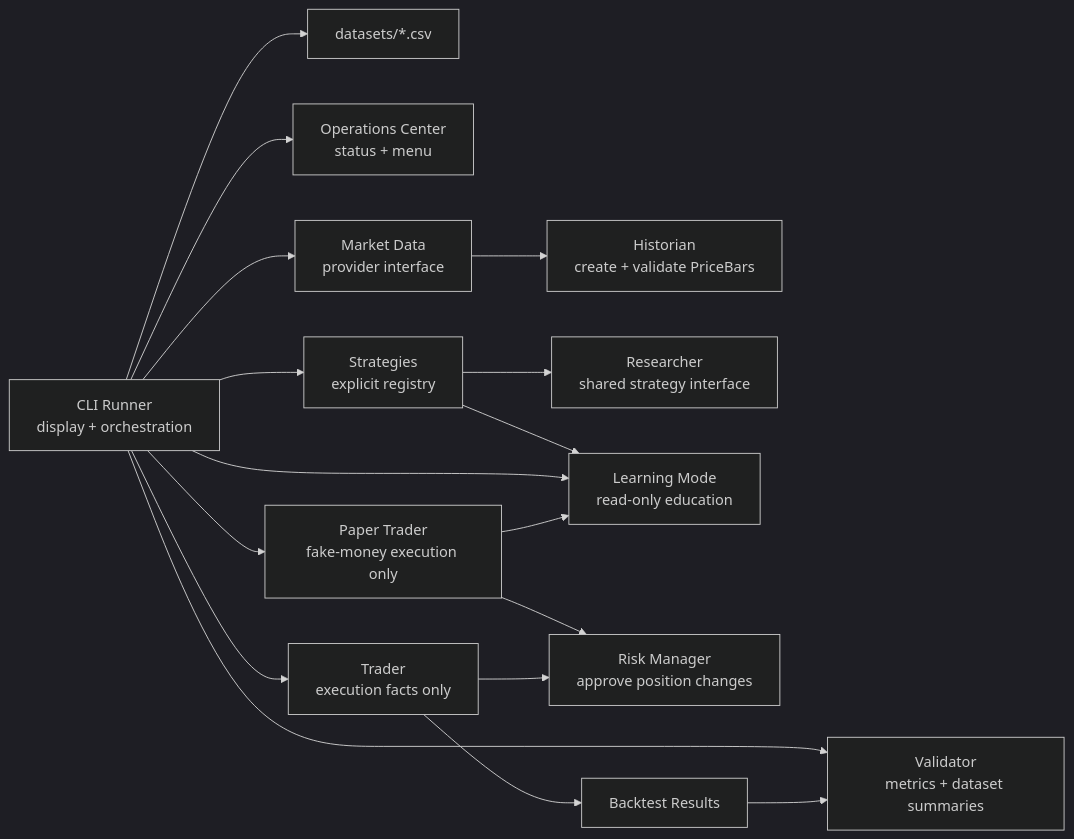
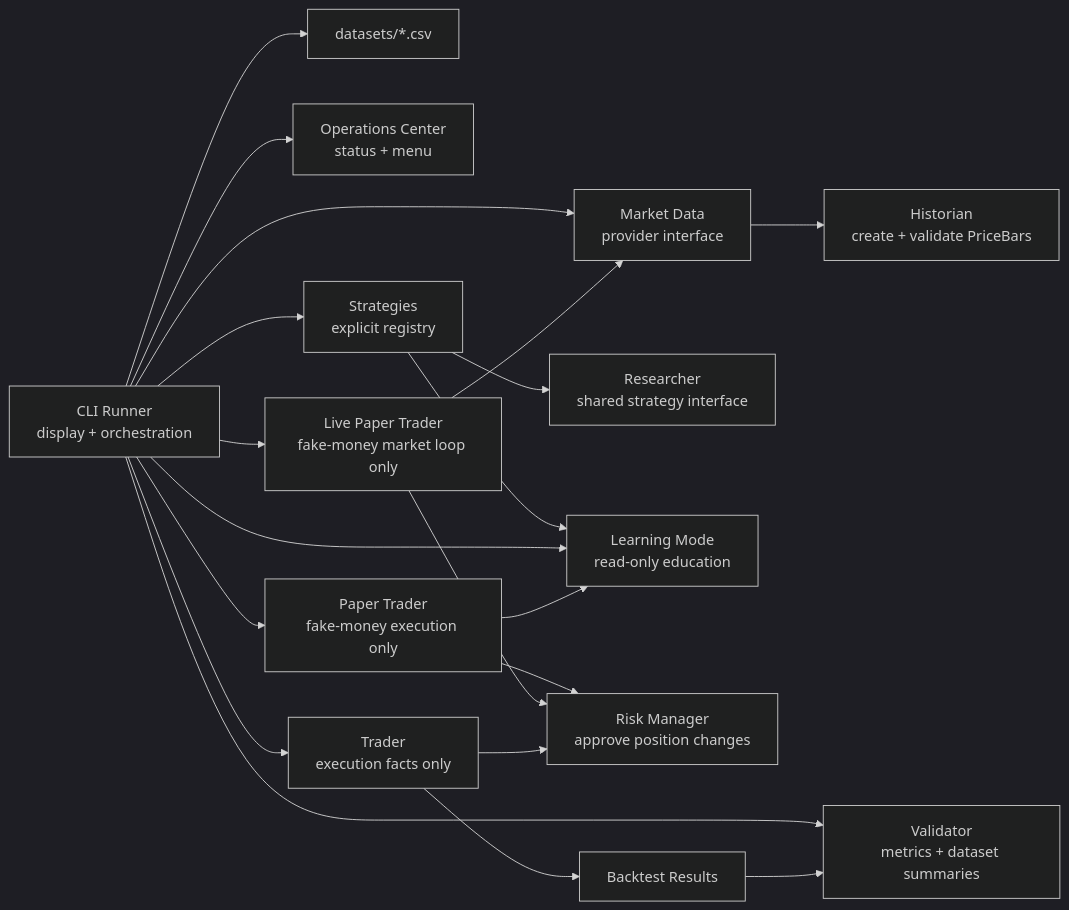
One commit to lumenXV/PTB-1 changed the diagram in README.md. Above: the diagram before and after it, drawn with Mermaid (dark theme). The commit also changed other lines of this file and 7 other files, not shown here.

Commit message:
Add fake-money live paper mode

````diff
--- a/README.md
+++ b/README.md
@@ -79,19 +92,22 @@
 ```mermaid
 flowchart LR
     CLI --> DatasetFiles["datasets/*.csv"]
     CLI["CLI Runner\ndisplay + orchestration"] --> Operations["Operations Center\nstatus + menu"]
     CLI["CLI Runner\ndisplay + orchestration"] --> MarketData["Market Data\nprovider interface"]
     MarketData --> Historian["Historian\ncreate + validate PriceBars"]
     CLI --> Strategies["Strategies\nexplicit registry"]
     Strategies --> Researcher["Researcher\nshared strategy interface"]
     Strategies --> Learning["Learning Mode\nread-only education"]
     CLI --> Learning
     CLI --> Trader["Trader\nexecution facts only"]
     CLI --> Paper["Paper Trader\nfake-money execution only"]
+    CLI --> LivePaper["Live Paper Trader\nfake-money market loop only"]
     Paper --> RiskManager
+    LivePaper --> RiskManager
+    LivePaper --> MarketData
     Paper --> Learning
     Trader --> RiskManager["Risk Manager\napprove position changes"]
     Trader --> ValidatorInput["Backtest Results"]
     CLI --> Validator["Validator\nmetrics + dataset summaries"]
     ValidatorInput --> Validator
 ```
````
